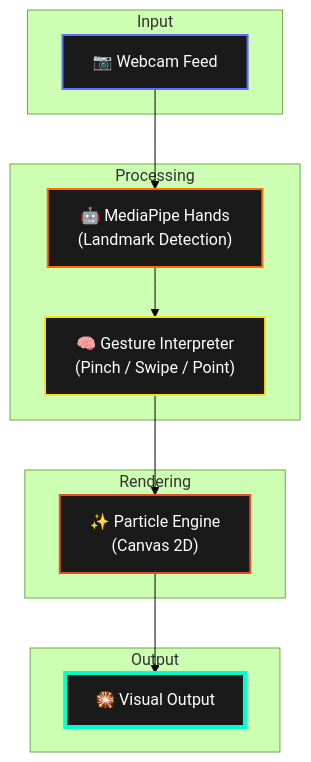
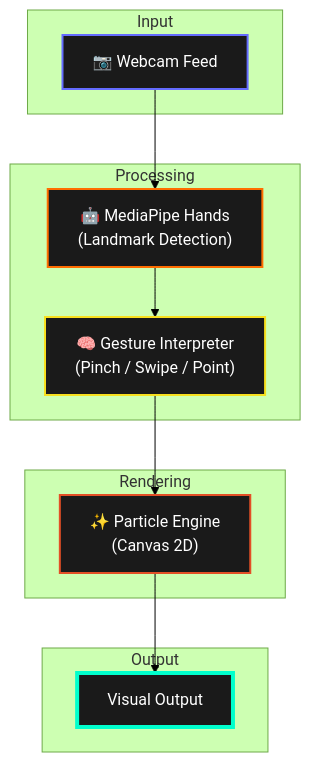
The diagram in README.md (NirussVn0/GestureFlow.js), drawn with Mermaid (forest theme) before and after one commit.

Commit message:
docs: remove emoji from visual output node label in README flowchart

````diff
--- a/README.md
+++ b/README.md
@@ -86,30 +86,30 @@
 ```mermaid
 graph TD
     subgraph Input
         A["📷 Webcam Feed"]
     end
 
     subgraph Processing
         B["🤖 MediaPipe Hands<br/>(Landmark Detection)"]
         C["🧠 Gesture Interpreter<br/>(Pinch / Swipe / Point)"]
     end
 
     subgraph Rendering
         D["✨ Particle Engine<br/>(Canvas 2D)"]
     end
 
     subgraph Output
-        E["🎇 Visual Output"]
+        E["Visual Output"]
     end
 
     A --> B
     B --> C
     C --> D
     D --> E
 
     style A fill:#1a1a1a,stroke:#646CFF,stroke-width:2px,color:#fff
     style B fill:#1a1a1a,stroke:#FF6D00,stroke-width:2px,color:#fff
     style C fill:#1a1a1a,stroke:#F7DF1E,stroke-width:2px,color:#fff
     style D fill:#1a1a1a,stroke:#E34F26,stroke-width:2px,color:#fff
     style E fill:#1a1a1a,stroke:#00ffcc,stroke-width:4px,color:#fff
 ```
````
